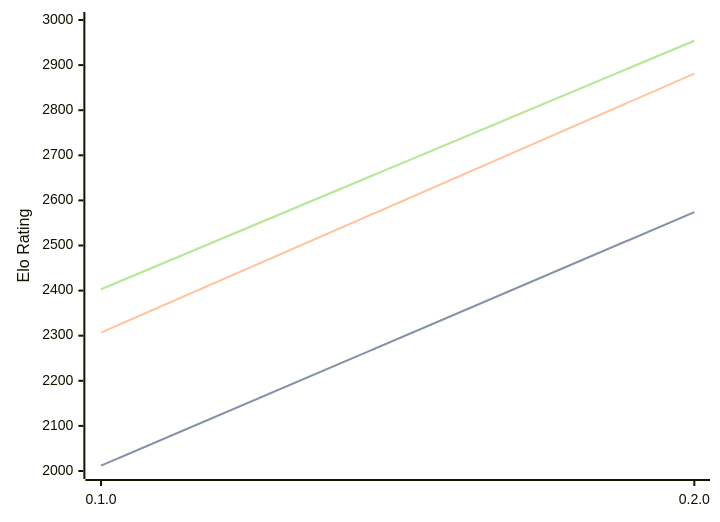
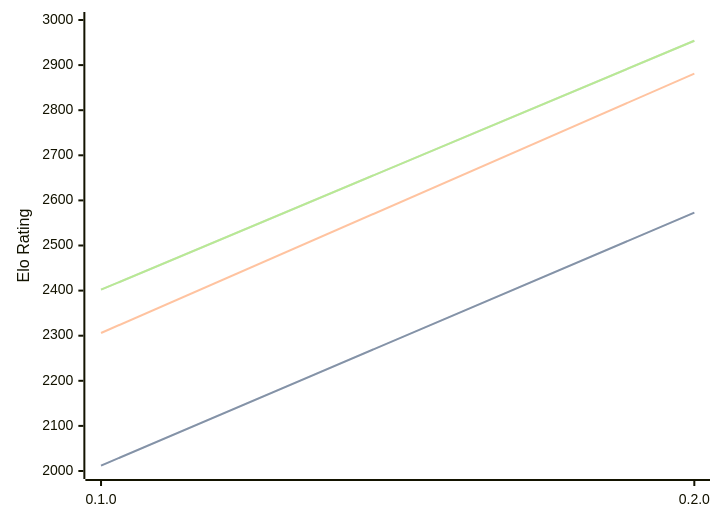
The first of 3 diagrams in engines/Justbot.md (computer-chess-index/cci), drawn with Mermaid before and after one commit. The commit also changed other lines of this file, not shown here.

Commit message:
Update CCI Ratings (ELO VLTC) - 2026-07-15

````diff
--- a/engines/Justbot.md
+++ b/engines/Justbot.md
@@ -32,11 +32,11 @@
 ```mermaid
 %%{init: {"theme":"base","themeVariables":{"seriesColors:['#a3a3a3','#222221','#faa371']}}}%%
 xychart-beta
   x-axis ["0.1.0", "0.2.0"]
   y-axis "Elo Rating" 2000 --> 3000
-  line "STC (8.0+0.08s)" [2012, 2574]
-  line "STC (8.0+0.08s)" [2012, 2574]
-  line "LTC (60.0+0.60s)" [2307, 2881]
-  line "VLTC (2m24s+1.12s)" [2403, 2954]
-  line "VLTC (2m24s+1.12s)" [2403, 2954]
+  line "STC (8.0+0.08s)" [2012, 2573]
+  line "STC (8.0+0.08s)" [2012, 2573]
+  line "LTC (60.0+0.60s)" [2306, 2881]
+  line "VLTC (2m24s+1.12s)" [2402, 2954]
+  line "VLTC (2m24s+1.12s)" [2402, 2954]
 ```
````
